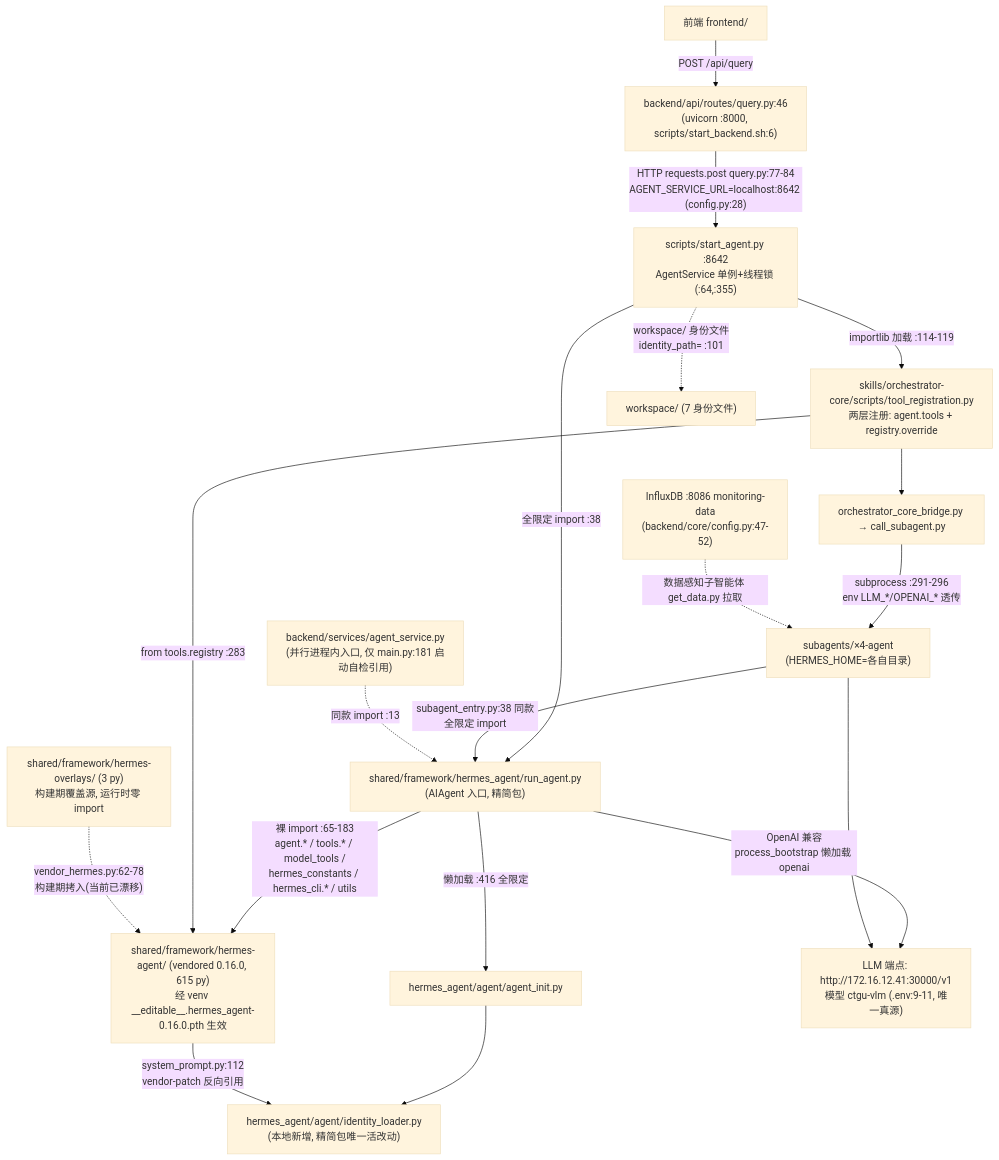
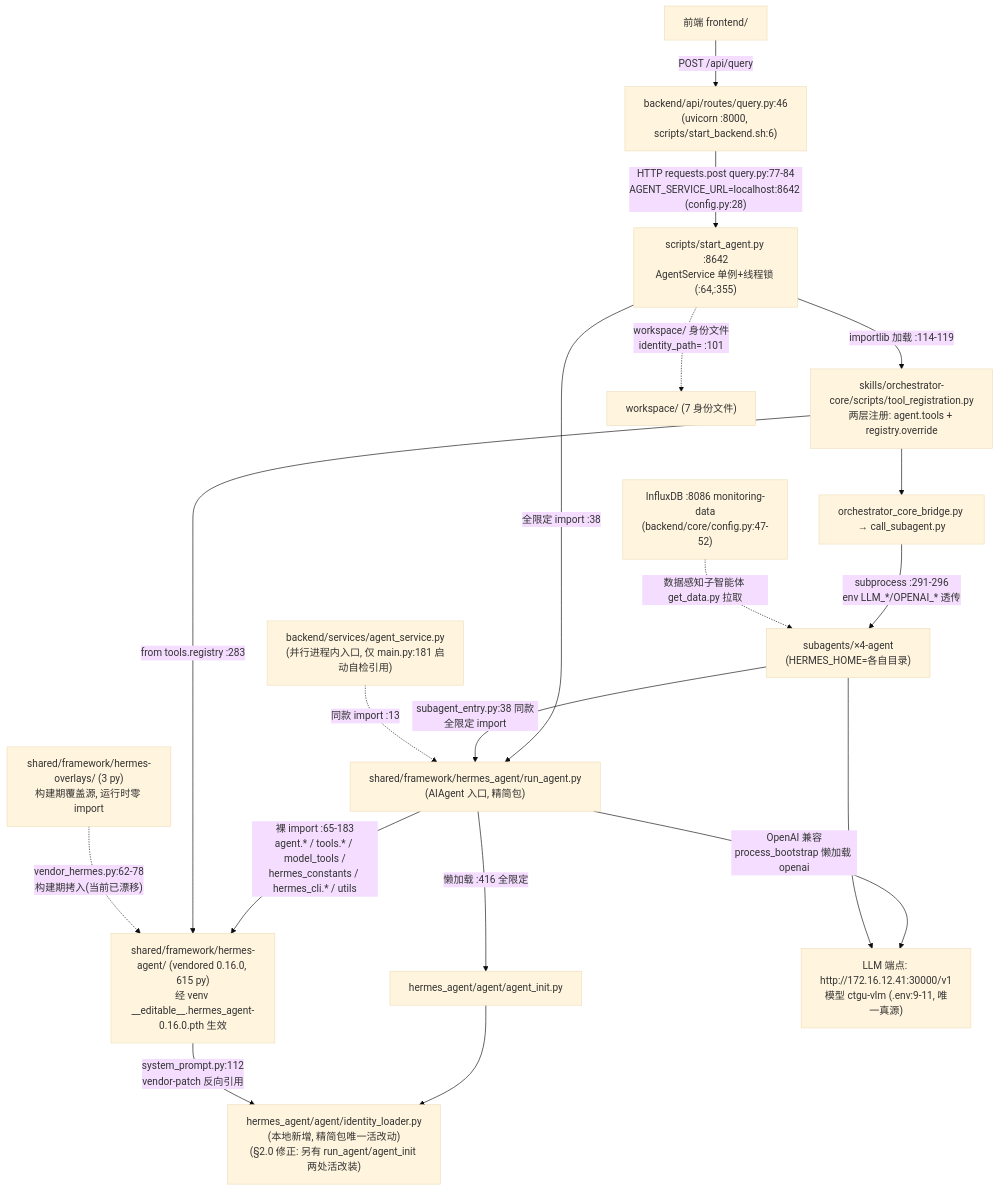
The diagram in docs/superpowers/specs/2026-09-14-hermes-framework-audit-report.md (Nlieky/Ecological_env), drawn with Mermaid (base theme) before and after one commit. The commit also changed other lines of this file, not shown here.

````diff
--- a/docs/superpowers/specs/2026-09-14-hermes-framework-audit-report.md
+++ b/docs/superpowers/specs/2026-09-14-hermes-framework-audit-report.md
@@ -160,21 +160,21 @@
 ```mermaid
 flowchart TD
     FE["前端 frontend/"] -->|"POST /api/query"| Q["backend/api/routes/query.py:46<br/>(uvicorn :8000, scripts/start_backend.sh:6)"]
     Q -->|"HTTP requests.post query.py:77-84<br/>AGENT_SERVICE_URL=localhost:8642 (config.py:28)"| SA["scripts/start_agent.py :8642<br/>AgentService 单例+线程锁 (:64,:355)"]
     SA -->|"全限定 import :38"| RA["shared/framework/hermes_agent/run_agent.py<br/>(AIAgent 入口, 精简包)"]
     RA -->|"懒加载 :416 全限定"| AI["hermes_agent/agent/agent_init.py"]
-    AI --> IDL["hermes_agent/agent/identity_loader.py<br/>(本地新增, 精简包唯一活改动)"]
+    AI --> IDL["hermes_agent/agent/identity_loader.py<br/>(本地新增, 精简包唯一活改动)<br/>(§2.0 修正: 另有 run_agent/agent_init 两处活改装)"]
     RA -->|"裸 import :65-183<br/>agent.* / tools.* / model_tools /<br/>hermes_constants / hermes_cli.* / utils"| VEND["shared/framework/hermes-agent/ (vendored 0.16.0, 615 py)<br/>经 venv __editable__.hermes_agent-0.16.0.pth 生效"]
     VEND -->|"system_prompt.py:112<br/>vendor-patch 反向引用"| IDL
     SA -->|"importlib 加载 :114-119"| TR["skills/orchestrator-core/scripts/tool_registration.py<br/>两层注册: agent.tools + registry.override"]
     TR -->|"from tools.registry :283"| VEND
     TR --> BR["orchestrator_core_bridge.py → call_subagent.py"]
     BR -->|"subprocess :291-296<br/>env LLM_*/OPENAI_* 透传"| SUB["subagents/×4-agent<br/>(HERMES_HOME=各自目录)"]
     SUB -->|"subagent_entry.py:38 同款全限定 import"| RA
     SA -.->|"workspace/ 身份文件<br/>identity_path= :101"| WS["workspace/ (7 身份文件)"]
     RA -->|"OpenAI 兼容<br/>process_bootstrap 懒加载 openai"| LLM["LLM 端点: http://172.16.12.41:30000/v1<br/>模型 ctgu-vlm (.env:9-11, 唯一真源)"]
     SUB --> LLM
     OV["shared/framework/hermes-overlays/ (3 py)<br/>构建期覆盖源, 运行时零 import"] -.->|"vendor_hermes.py:62-78<br/>构建期拷入(当前已漂移)"| VEND
     AGS["backend/services/agent_service.py<br/>(并行进程内入口, 仅 main.py:181 启动自检引用)"] -.->|"同款 import :13"| RA
     SUBDB["InfluxDB :8086 monitoring-data<br/>(backend/core/config.py:47-52)"] -.->|"数据感知子智能体 get_data.py 拉取"| SUB
 ```
````
